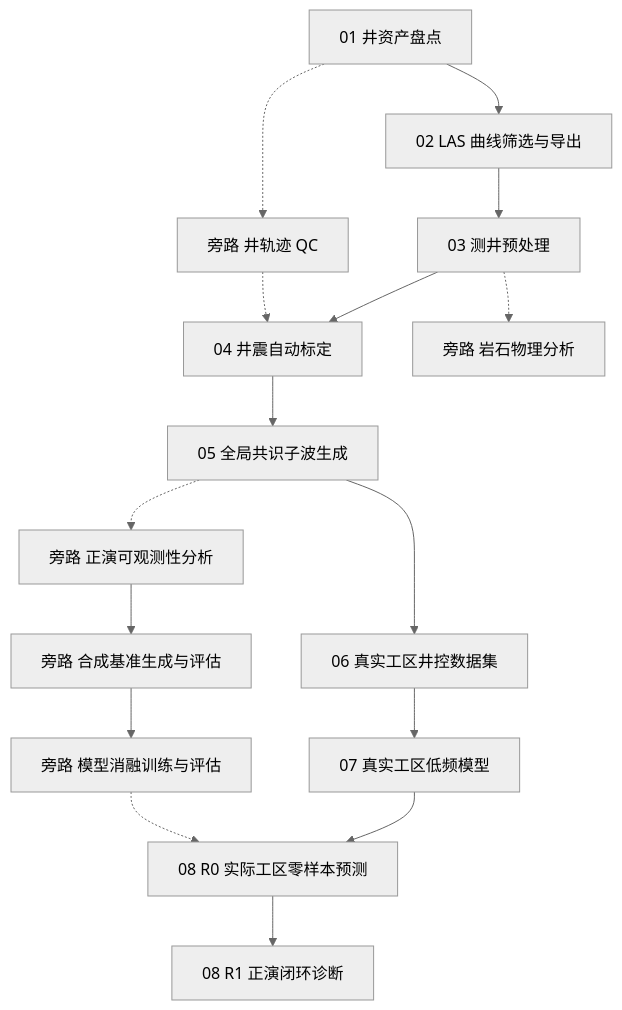
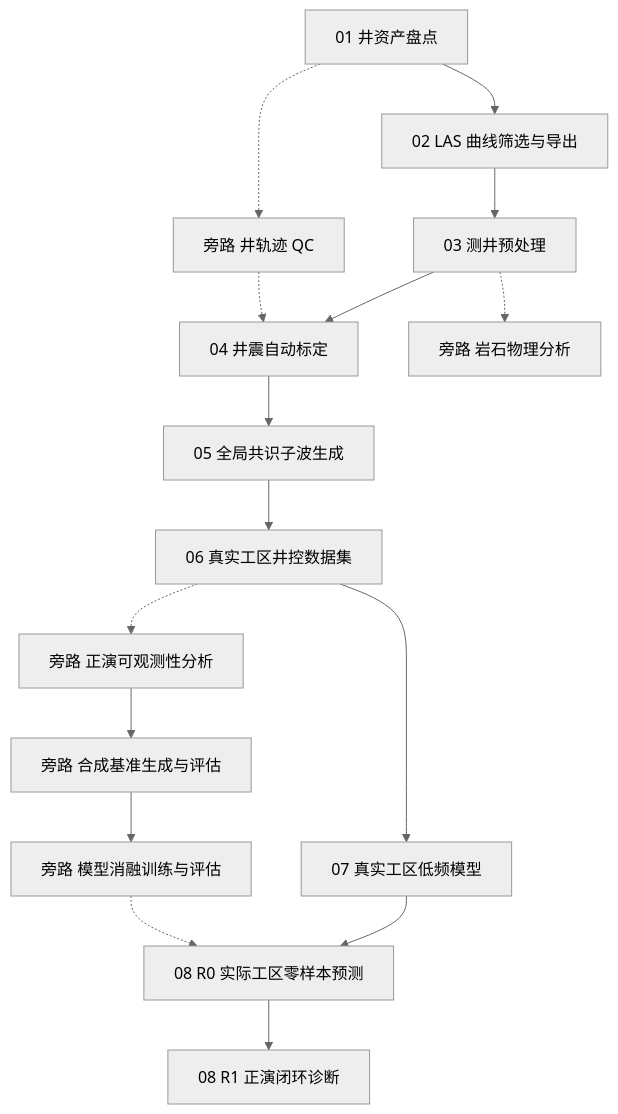
Before and after one commit to oimero/inversion_workflow: the diagram in docs/index.md, drawn with Mermaid (neutral theme). The commit also changed 6 other files, not shown here.

````diff
--- a/docs/index.md
+++ b/docs/index.md
@@ -3,14 +3,14 @@
 ```mermaid
 flowchart TB
     S1["01 井资产盘点"] --> S2["02 LAS 曲线筛选与导出"] --> S3["03 测井预处理"] --> S4["04 井震自动标定"] --> S5["05 全局共识子波生成"] --> S6["06 真实工区井控数据集"] --> S7["07 真实工区低频模型"] --> R0["08 R0 实际工区零样本预测"] --> R1["08 R1 正演闭环诊断"]
 
     WT["旁路 井轨迹 QC"]
     S1 -.-> WT -.-> S4
 
     RP["旁路 岩石物理分析"]
     S3 -.-> RP
 
     FO["旁路 正演可观测性分析"] --> SL["旁路 合成基准生成与评估"] --> GV["旁路 模型消融训练与评估"]
-    S5 -.-> FO
+    S6 -.-> FO
     GV -.-> R0
 ```
````
